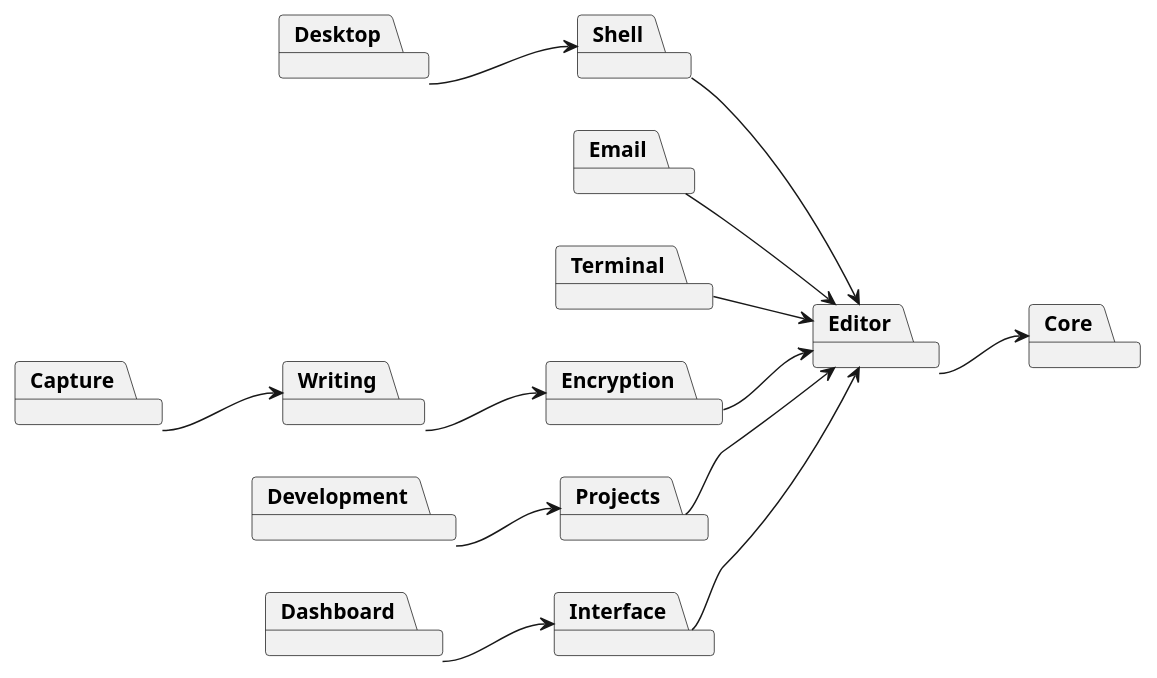
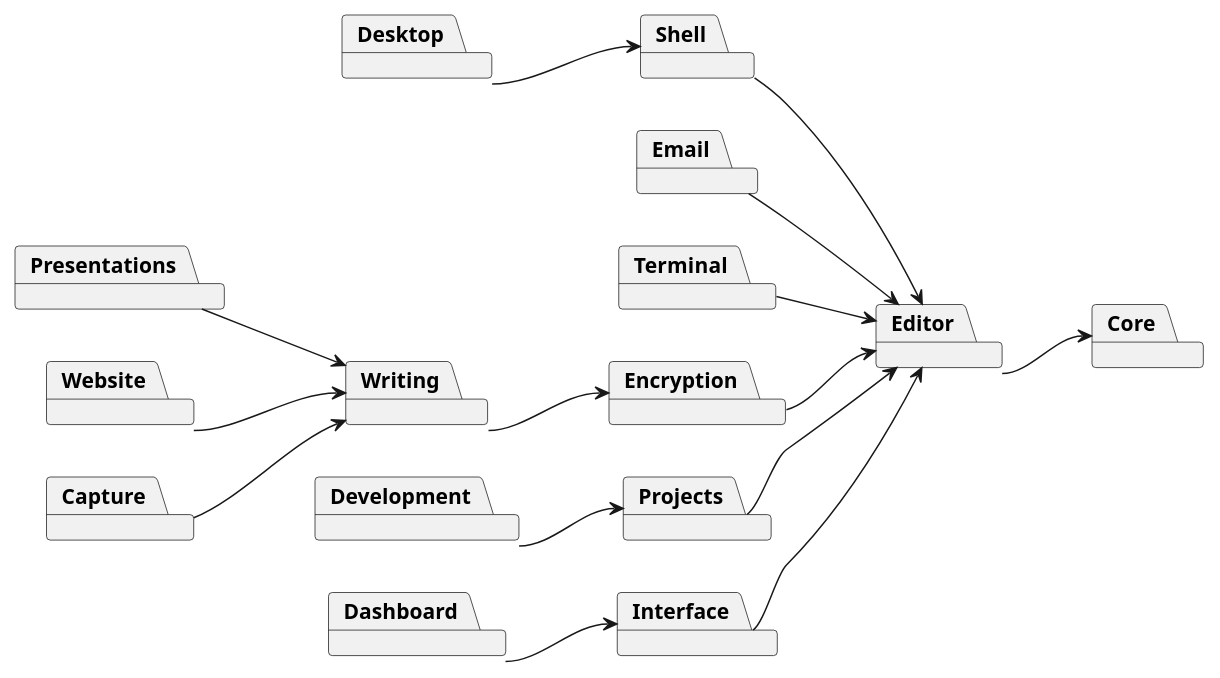
The diagram in README.org (chayward1/dotfiles), drawn with PlantUML before and after one commit. The commit also changed 1 other file, not shown here.

Commit message:
Update graph

```diff
--- a/README.org
+++ b/README.org
@@ -87,31 +87,41 @@
 #+begin_src plantuml :file docs/images/modules.png :exports none
 left to right direction
 allowmixing
 
 package Core
 package Editor
 package Shell
 package Email
 package Terminal
 package Encryption
 package Desktop
 package Writing
+package Presentations
+package Website
 package Capture
 package Projects
 package Development
 package Interface
 package Dashboard
 
 Editor --> Core
+
 Shell --> Editor
 Email --> Editor
+Projects --> Editor
 Terminal --> Editor
+Interface --> Editor
 Encryption --> Editor
+
 Desktop --> Shell
+
 Writing --> Encryption
+
 Capture --> Writing
-Projects --> Editor
+Website --> Writing
+Presentations --> Writing
+
 Development --> Projects
-Interface --> Editor
+
 Dashboard --> Interface
 #+end_src
```
